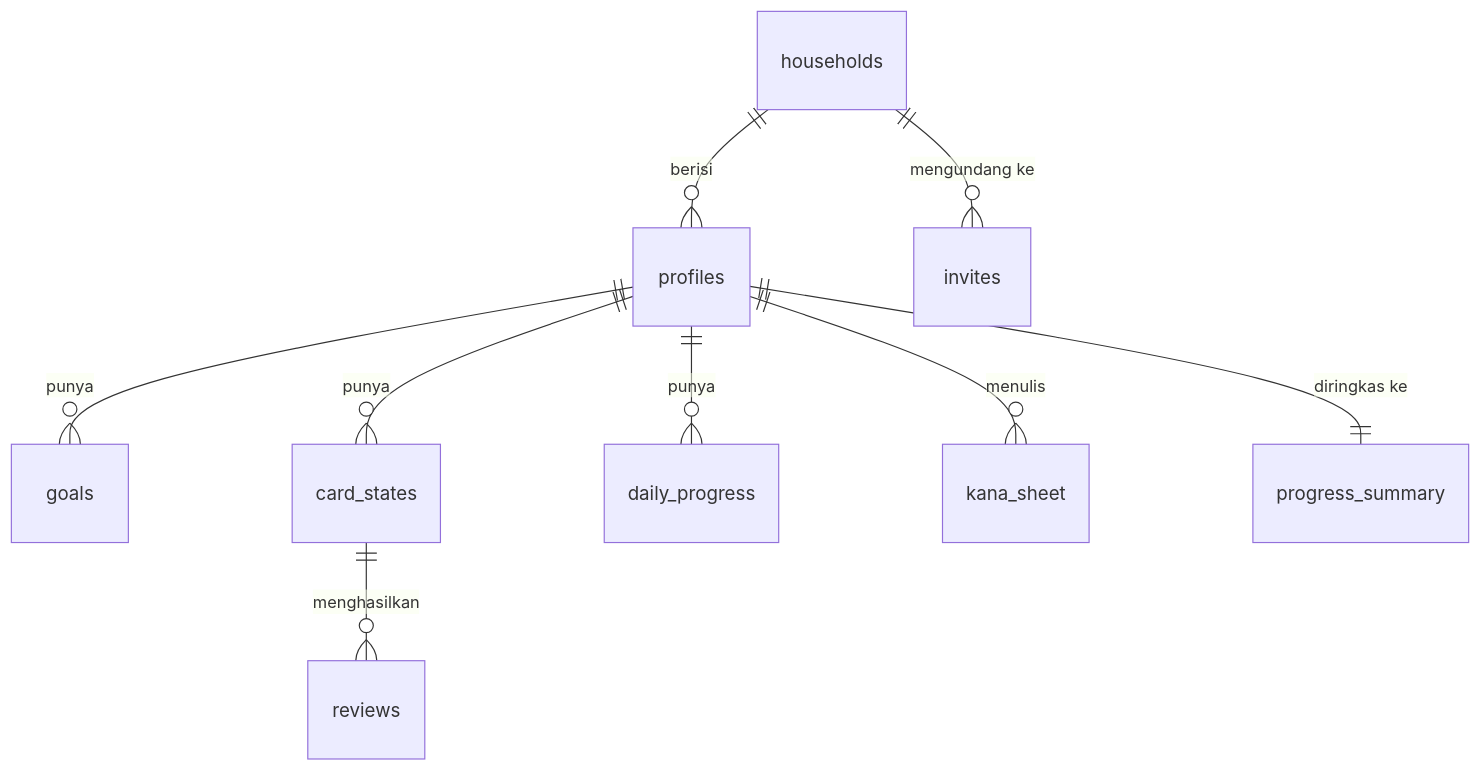
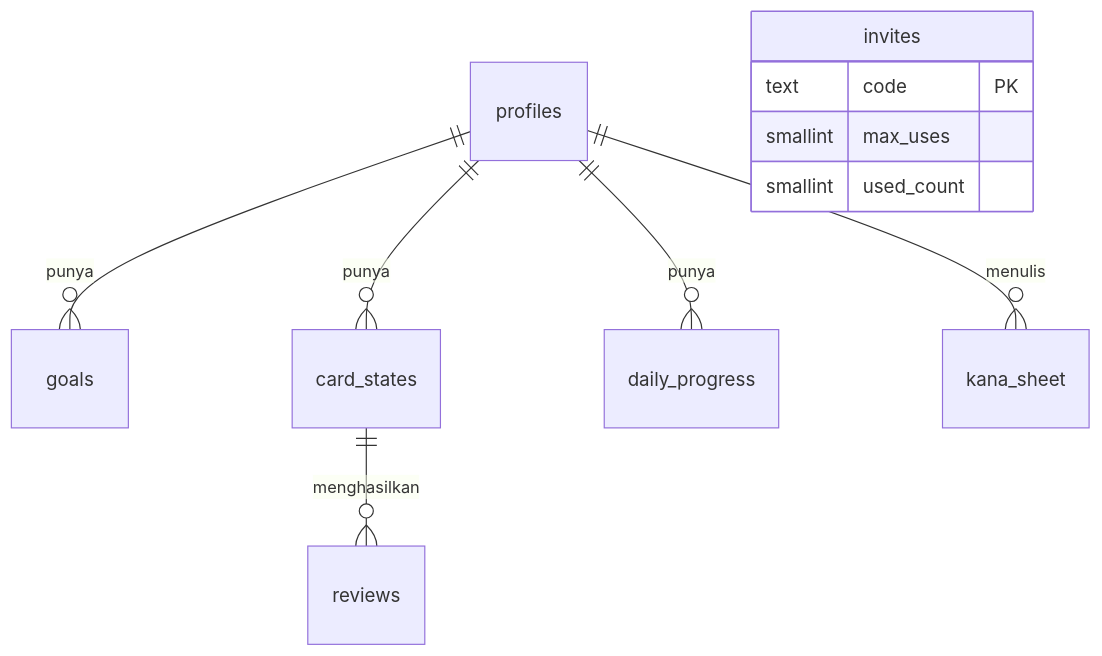
One commit to RiGi26/planner-family-platform changed the fourth of 4 diagrams in docs/ARCHITECTURE.md. Above: the diagram before and after it, drawn with Mermaid. The commit also changed other lines of this file and 2 other files, not shown here.

First line of the commit message:
docs: PRD 2.1 and architecture docs catch up with the generalisation

````diff
--- a/docs/ARCHITECTURE.md
+++ b/docs/ARCHITECTURE.md
@@ -192,11 +219,13 @@
 ```mermaid
 erDiagram
-    households ||--o{ profiles : "berisi"
     profiles ||--o{ goals : "punya"
     profiles ||--o{ card_states : "punya"
     card_states ||--o{ reviews : "menghasilkan"
     profiles ||--o{ daily_progress : "punya"
     profiles ||--o{ kana_sheet : "menulis"
-    profiles ||--|| progress_summary : "diringkas ke"
-    households ||--o{ invites : "mengundang ke"
+    invites {
+        text code PK
+        smallint max_uses
+        smallint used_count
+    }
 ```
````
